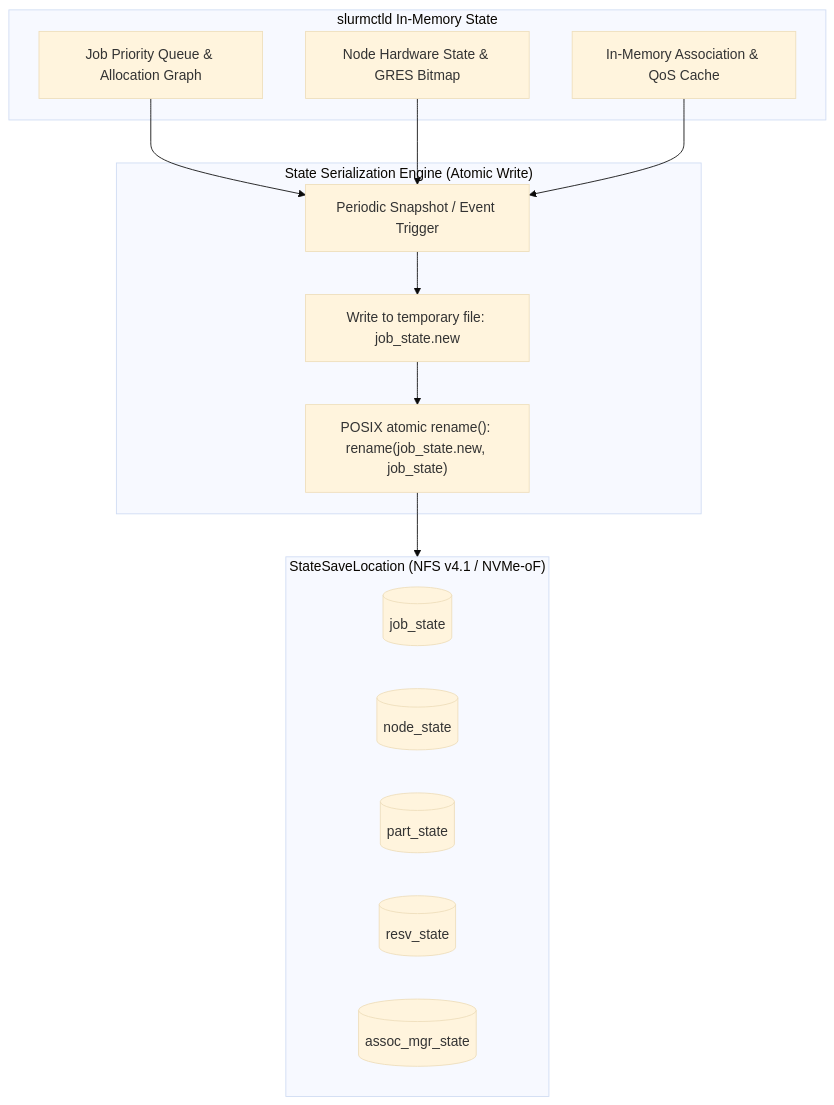
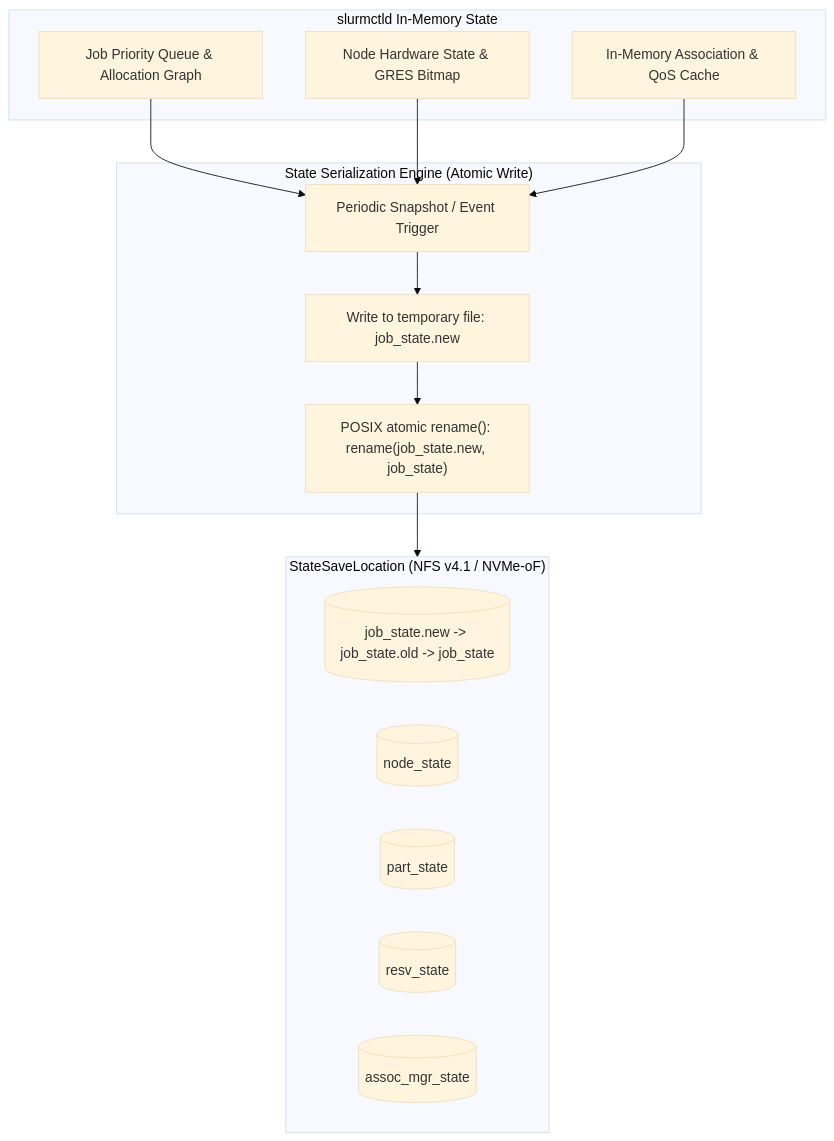
The second of 4 diagrams in docs/volume-10/14-senior-deep-dive-2-slurm-ha-and-accounting-internals.md (jithinpnjm/nvidia-devops), drawn with Mermaid (base theme) before and after one commit. The commit also changed other lines of this file and 11 other files, not shown here.

````diff
--- a/docs/volume-10/14-senior-deep-dive-2-slurm-ha-and-accounting-internals.md
+++ b/docs/volume-10/14-senior-deep-dive-2-slurm-ha-and-accounting-internals.md
@@ -21,29 +91,29 @@
 ```mermaid
 flowchart TD
     subgraph Controller_Memory["slurmctld In-Memory State"]
         JOB_GRAPH["Job Priority Queue & Allocation Graph"]
         NODE_MAP["Node Hardware State & GRES Bitmap"]
         ASSOC_CACHE["In-Memory Association & QoS Cache"]
     end
 
     subgraph Serialization["State Serialization Engine (Atomic Write)"]
         DUMP["Periodic Snapshot / Event Trigger"]
         TMP_FILE["Write to temporary file: job_state.new"]
         ATOMIC_RENAME["POSIX atomic rename(): rename(job_state.new, job_state)"]
     end
 
     subgraph SharedStorage["StateSaveLocation (NFS v4.1 / NVMe-oF)"]
-        JOB_ST[("job_state")]
+        JOB_ST[("job_state.new -> job_state.old -> job_state")]
         NODE_ST[("node_state")]
         PART_ST[("part_state")]
         RESV_ST[("resv_state")]
         ASSOC_ST[("assoc_mgr_state")]
     end
 
     JOB_GRAPH --> DUMP
     NODE_MAP --> DUMP
     ASSOC_CACHE --> DUMP
     DUMP --> TMP_FILE
     TMP_FILE --> ATOMIC_RENAME
     ATOMIC_RENAME --> SharedStorage
 ```
````
